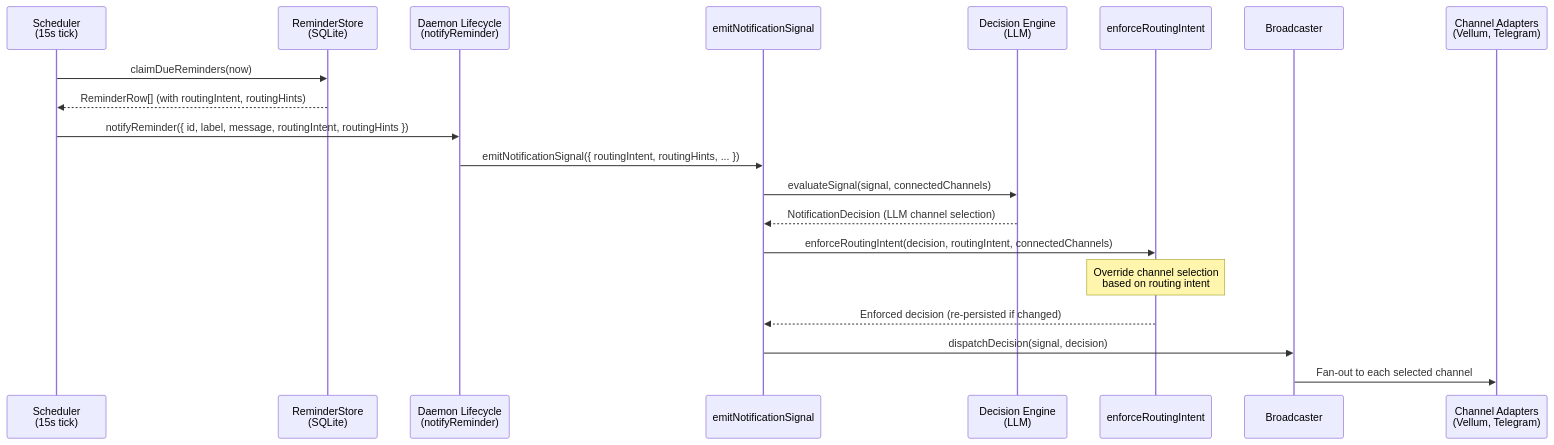
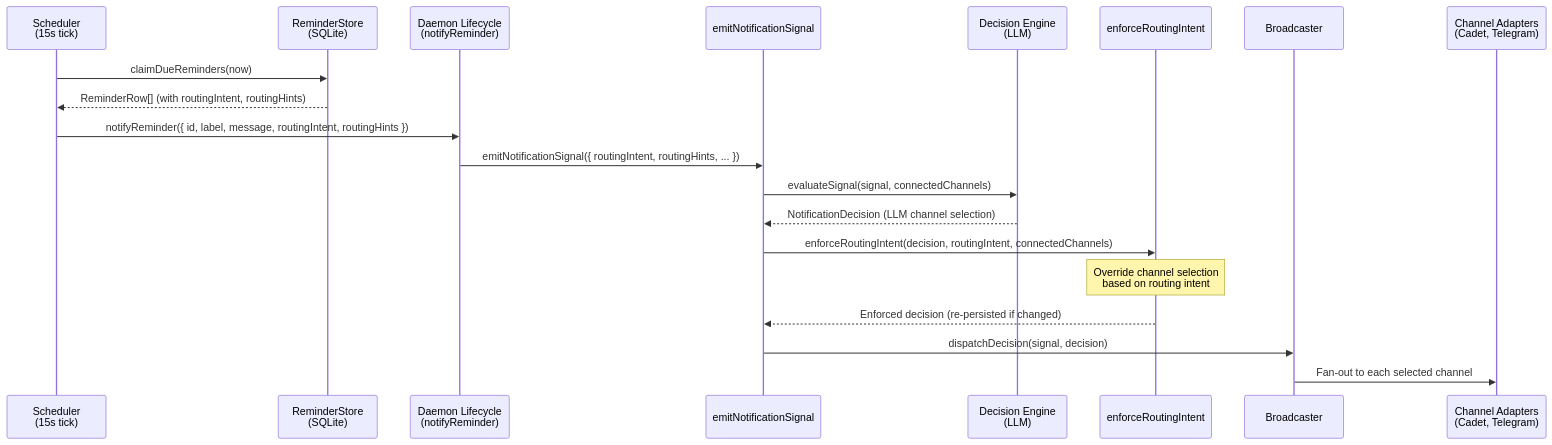
The first of 2 diagrams in clients/docs/src/content/internals/scheduling.md (manziosee/mycadet-temp), drawn with Mermaid before and after one commit. The commit also changed other lines of this file and 414 other files, not shown here.

````diff
--- a/clients/docs/src/content/internals/scheduling.md
+++ b/clients/docs/src/content/internals/scheduling.md
@@ -69,23 +69,23 @@
 ```mermaid
 sequenceDiagram
     participant Scheduler as Scheduler<br/>(15s tick)
     participant Store as ReminderStore<br/>(SQLite)
     participant Lifecycle as Daemon Lifecycle<br/>(notifyReminder)
     participant Signal as emitNotificationSignal
     participant Engine as Decision Engine<br/>(LLM)
     participant Enforce as enforceRoutingIntent
     participant Broadcaster as Broadcaster
-    participant Adapters as Channel Adapters<br/>(Vellum, Telegram)
+    participant Adapters as Channel Adapters<br/>(Cadet, Telegram)
 
     Scheduler->>Store: claimDueReminders(now)
     Store-->>Scheduler: ReminderRow[] (with routingIntent, routingHints)
     Scheduler->>Lifecycle: notifyReminder({ id, label, message, routingIntent, routingHints })
     Lifecycle->>Signal: emitNotificationSignal({ routingIntent, routingHints, ... })
     Signal->>Engine: evaluateSignal(signal, connectedChannels)
     Engine-->>Signal: NotificationDecision (LLM channel selection)
     Signal->>Enforce: enforceRoutingIntent(decision, routingIntent, connectedChannels)
     Note over Enforce: Override channel selection<br/>based on routing intent
     Enforce-->>Signal: Enforced decision (re-persisted if changed)
     Signal->>Broadcaster: dispatchDecision(signal, decision)
     Broadcaster->>Adapters: Fan-out to each selected channel
 ```
````
